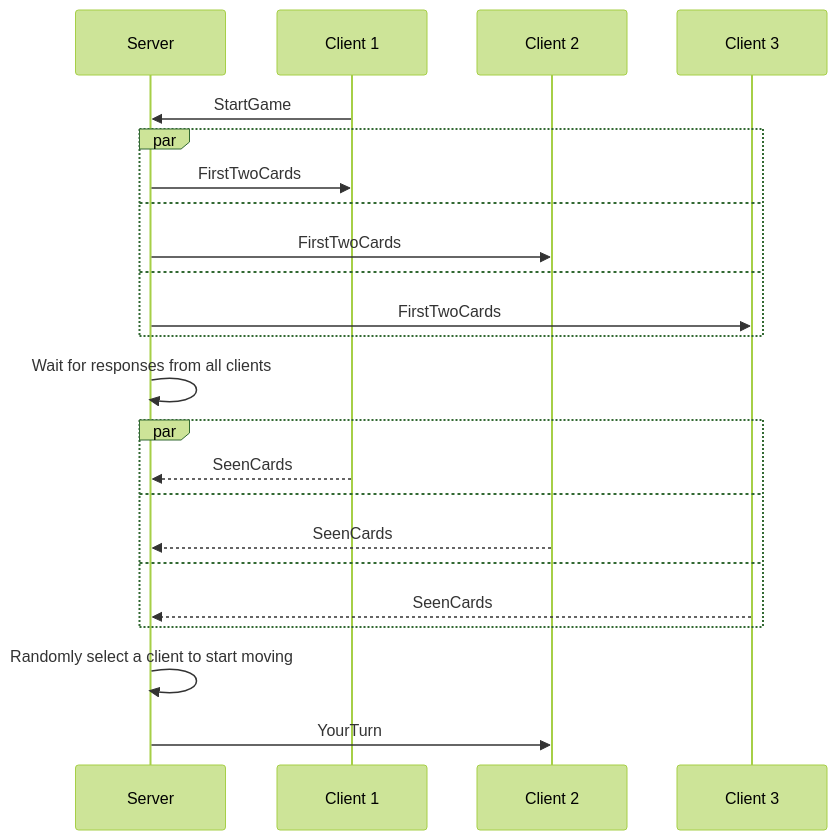
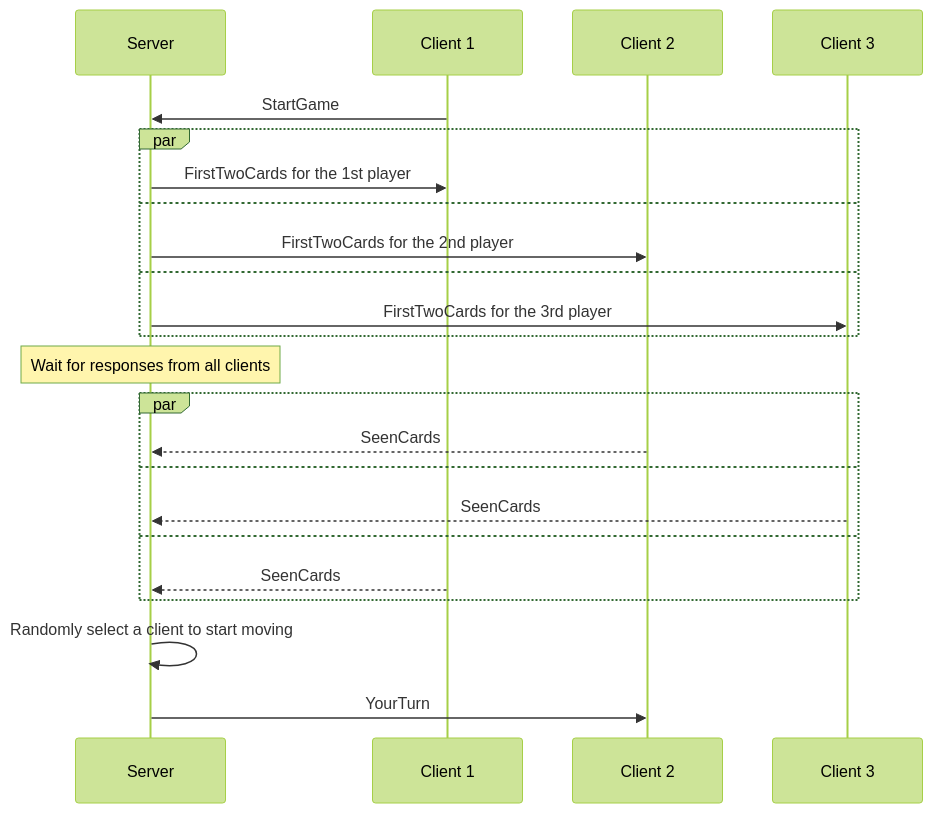
The diagram in README.md (roman-zubarevich/another), drawn with Mermaid (forest theme) before and after one commit.

Commit message:
adjust readme

````diff
--- a/README.md
+++ b/README.md
@@ -3,25 +3,25 @@
 ```mermaid
 sequenceDiagram
     participant S as Server
     participant C1 as Client 1
     participant C2 as Client 2
     participant C3 as Client 3
     C1->>S: StartGame
     par
-        S->>C1: FirstTwoCards
+        S->>C1: FirstTwoCards for the 1st player
     and
-        S->>C2: FirstTwoCards
+        S->>C2: FirstTwoCards for the 2nd player
     and
-        S->>C3: FirstTwoCards
+        S->>C3: FirstTwoCards for the 3rd player
     end
-    S->>S: Wait for responses from all clients
+    Note over S: Wait for responses from all clients
     par
-        C1-->>S: SeenCards
-    and
         C2-->>S: SeenCards
     and
         C3-->>S: SeenCards
+    and
+        C1-->>S: SeenCards
     end
     S->>S: Randomly select a client to start moving
     S->>C2: YourTurn
 ```
````
